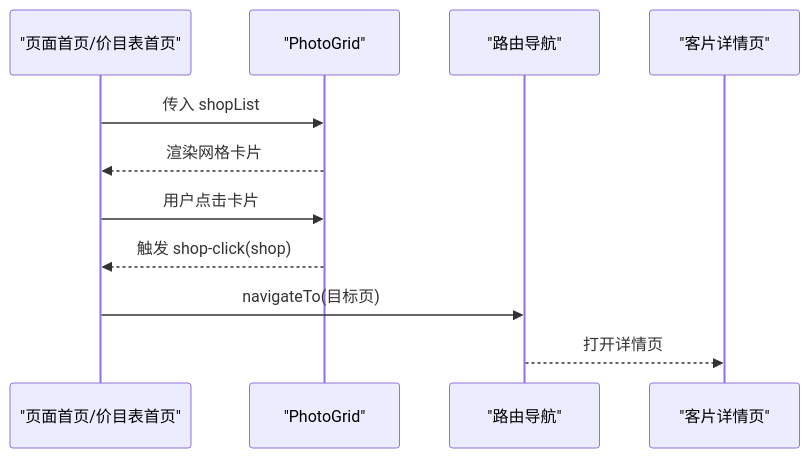
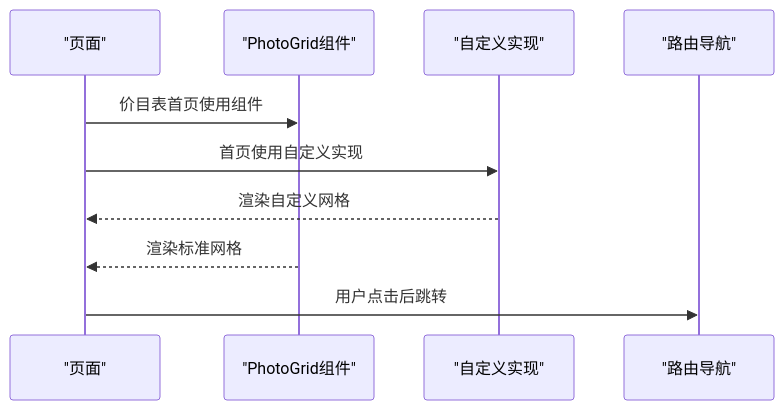
Before and after one commit to crazyma99/blueberry: the second of 5 diagrams in .qoder/repowiki/zh/content/核心功能模块/客片管理系统/客片列表展示/图片网格组件.md, drawn with Mermaid. The commit also changed other lines of this file and 79 other files, not shown here.

````diff
--- a/.qoder/repowiki/zh/content/核心功能模块/客片管理系统/客片列表展示/图片网格组件.md
+++ b/.qoder/repowiki/zh/content/核心功能模块/客片管理系统/客片列表展示/图片网格组件.md
@@ -98,13 +111,12 @@
 ```mermaid
 sequenceDiagram
-participant Page as "页面首页/价目表首页"
-participant Grid as "PhotoGrid"
+participant Page as "页面"
+participant Grid as "PhotoGrid组件"
+participant Custom as "自定义实现"
 participant Router as "路由导航"
-participant Detail as "客片详情页"
-Page->>Grid : 传入 shopList
-Grid-->>Page : 渲染网格卡片
-Page->>Grid : 用户点击卡片
-Grid-->>Page : 触发 shop-click(shop)
-Page->>Router : navigateTo(目标页)
-Router-->>Detail : 打开详情页
+Page->>Grid : 价目表首页使用组件
+Page->>Custom : 首页使用自定义实现
+Custom-->>Page : 渲染自定义网格
+Grid-->>Page : 渲染标准网格
+Page->>Router : 用户点击后跳转
 ```
````
